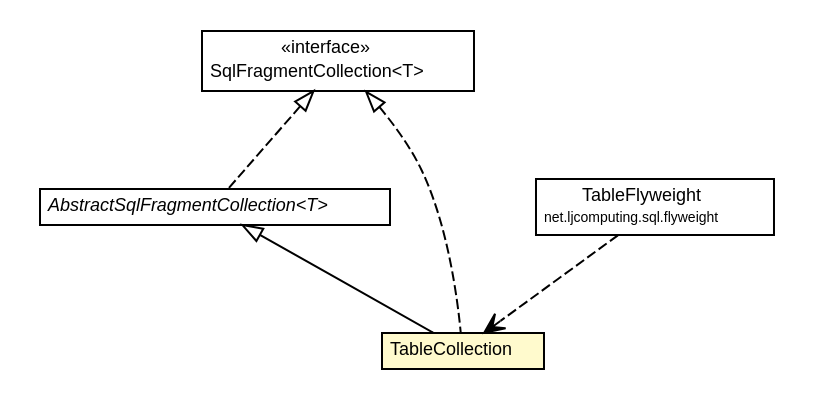
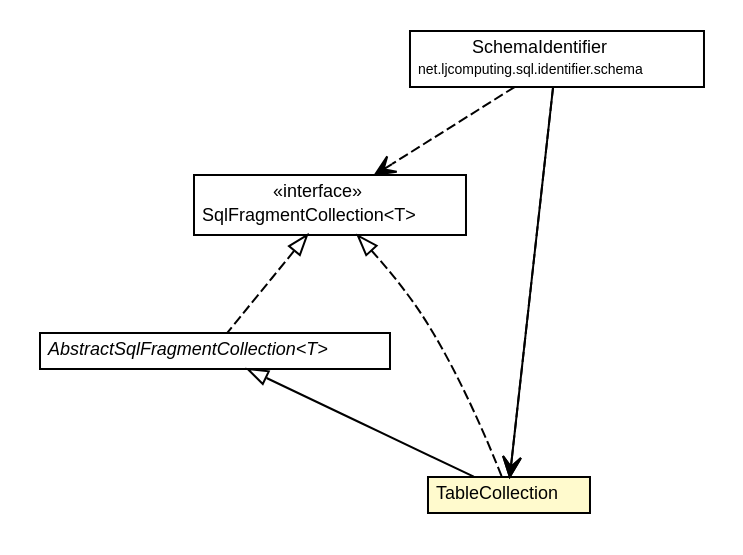
The diagram in docs/javadoc/apidocs/net/ljcomputing/sql/collection/TableCollection.dot (willmorejg/net.ljcomputing.sql), drawn with Graphviz before and after one commit. The commit also changed 504 other files, not shown here.

```diff
--- a/docs/javadoc/apidocs/net/ljcomputing/sql/collection/TableCollection.dot
+++ b/docs/javadoc/apidocs/net/ljcomputing/sql/collection/TableCollection.dot
@@ -1,46 +1,50 @@
 #!/usr/local/bin/dot
 #
 # Class diagram 
 # Generated by UMLGraph version R5_6 (http://www.umlgraph.org/)
 #
 
 digraph G {
 	edge [fontname="Helvetica",fontsize=10,labelfontname="Helvetica",labelfontsize=10];
 	node [fontname="Helvetica",fontsize=10,shape=plaintext];
 	nodesep=0.25;
 	ranksep=0.5;
 	// net.ljcomputing.sql.collection.AbstractSqlFragmentCollection<T>
-	c1117 [label=<<table title="net.ljcomputing.sql.collection.AbstractSqlFragmentCollection" border="0" cellborder="1" cellspacing="0" cellpadding="2" port="p" href="./AbstractSqlFragmentCollection.html">
+	c1133 [label=<<table title="net.ljcomputing.sql.collection.AbstractSqlFragmentCollection" border="0" cellborder="1" cellspacing="0" cellpadding="2" port="p" href="./AbstractSqlFragmentCollection.html">
 		<tr><td><table border="0" cellspacing="0" cellpadding="1">
 <tr><td align="center" balign="center"><font face="Helvetica-Oblique"> AbstractSqlFragmentCollection&lt;T&gt; </font></td></tr>
 		</table></td></tr>
 		</table>>, URL="./AbstractSqlFragmentCollection.html", fontname="Helvetica", fontcolor="black", fontsize=9.0];
 	// net.ljcomputing.sql.collection.SqlFragmentCollection<T>
-	c1120 [label=<<table title="net.ljcomputing.sql.collection.SqlFragmentCollection" border="0" cellborder="1" cellspacing="0" cellpadding="2" port="p" href="./SqlFragmentCollection.html">
+	c1136 [label=<<table title="net.ljcomputing.sql.collection.SqlFragmentCollection" border="0" cellborder="1" cellspacing="0" cellpadding="2" port="p" href="./SqlFragmentCollection.html">
 		<tr><td><table border="0" cellspacing="0" cellpadding="1">
 <tr><td align="center" balign="center"> &#171;interface&#187; </td></tr>
 <tr><td align="center" balign="center"> SqlFragmentCollection&lt;T&gt; </td></tr>
 		</table></td></tr>
 		</table>>, URL="./SqlFragmentCollection.html", fontname="Helvetica", fontcolor="black", fontsize=9.0];
 	// net.ljcomputing.sql.collection.TableCollection
-	c1123 [label=<<table title="net.ljcomputing.sql.collection.TableCollection" border="0" cellborder="1" cellspacing="0" cellpadding="2" port="p" bgcolor="lemonChiffon" href="./TableCollection.html">
+	c1139 [label=<<table title="net.ljcomputing.sql.collection.TableCollection" border="0" cellborder="1" cellspacing="0" cellpadding="2" port="p" bgcolor="lemonChiffon" href="./TableCollection.html">
 		<tr><td><table border="0" cellspacing="0" cellpadding="1">
 <tr><td align="center" balign="center"> TableCollection </td></tr>
 		</table></td></tr>
 		</table>>, URL="./TableCollection.html", fontname="Helvetica", fontcolor="black", fontsize=9.0];
-	// net.ljcomputing.sql.flyweight.TableFlyweight
-	c1130 [label=<<table title="net.ljcomputing.sql.flyweight.TableFlyweight" border="0" cellborder="1" cellspacing="0" cellpadding="2" port="p" href="../flyweight/TableFlyweight.html">
+	// net.ljcomputing.sql.identifier.schema.SchemaIdentifier
+	c1141 [label=<<table title="net.ljcomputing.sql.identifier.schema.SchemaIdentifier" border="0" cellborder="1" cellspacing="0" cellpadding="2" port="p" href="../identifier/schema/SchemaIdentifier.html">
 		<tr><td><table border="0" cellspacing="0" cellpadding="1">
-<tr><td align="center" balign="center"> TableFlyweight </td></tr>
-<tr><td align="center" balign="center"><font point-size="7.0"> net.ljcomputing.sql.flyweight </font></td></tr>
+<tr><td align="center" balign="center"> SchemaIdentifier </td></tr>
+<tr><td align="center" balign="center"><font point-size="7.0"> net.ljcomputing.sql.identifier.schema </font></td></tr>
 		</table></td></tr>
-		</table>>, URL="../flyweight/TableFlyweight.html", fontname="Helvetica", fontcolor="black", fontsize=9.0];
+		</table>>, URL="../identifier/schema/SchemaIdentifier.html", fontname="Helvetica", fontcolor="black", fontsize=9.0];
 	//net.ljcomputing.sql.collection.AbstractSqlFragmentCollection<T> implements net.ljcomputing.sql.collection.SqlFragmentCollection<T>
-	c1120:p -> c1117:p [dir=back,arrowtail=empty,style=dashed];
-	//net.ljcomputing.sql.collection.TableCollection extends net.ljcomputing.sql.collection.AbstractSqlFragmentCollection<net.ljcomputing.sql.identifier.table.Table>
-	c1117:p -> c1123:p [dir=back,arrowtail=empty];
+	c1136:p -> c1133:p [dir=back,arrowtail=empty,style=dashed];
+	//net.ljcomputing.sql.collection.TableCollection extends net.ljcomputing.sql.collection.AbstractSqlFragmentCollection<net.ljcomputing.sql.identifier.table.TableIdentifier>
+	c1133:p -> c1139:p [dir=back,arrowtail=empty];
 	//net.ljcomputing.sql.collection.TableCollection implements net.ljcomputing.sql.collection.SqlFragmentCollection<T>
-	c1120:p -> c1123:p [dir=back,arrowtail=empty,style=dashed];
-	// net.ljcomputing.sql.flyweight.TableFlyweight DEPEND net.ljcomputing.sql.collection.TableCollection
-	c1130:p -> c1123:p [taillabel="", label="", headlabel="", fontname="Helvetica", fontcolor="black", fontsize=10.0, color="black", arrowhead=open, style=dashed];
+	c1136:p -> c1139:p [dir=back,arrowtail=empty,style=dashed];
+	// net.ljcomputing.sql.identifier.schema.SchemaIdentifier NAVASSOC net.ljcomputing.sql.collection.TableCollection
+	c1141:p -> c1139:p [taillabel="", label="", headlabel="", fontname="Helvetica", fontcolor="black", fontsize=10.0, color="black", arrowhead=open];
+	// net.ljcomputing.sql.identifier.schema.SchemaIdentifier DEPEND net.ljcomputing.sql.collection.SqlFragmentCollection<T>
+	c1141:p -> c1136:p [taillabel="", label="", headlabel="", fontname="Helvetica", fontcolor="black", fontsize=10.0, color="black", arrowhead=open, style=dashed];
+	// net.ljcomputing.sql.identifier.schema.SchemaIdentifier DEPEND net.ljcomputing.sql.collection.TableCollection
+	c1141:p -> c1139:p [taillabel="", label="", headlabel="", fontname="Helvetica", fontcolor="black", fontsize=10.0, color="black", arrowhead=open, style=dashed];
 }
```
